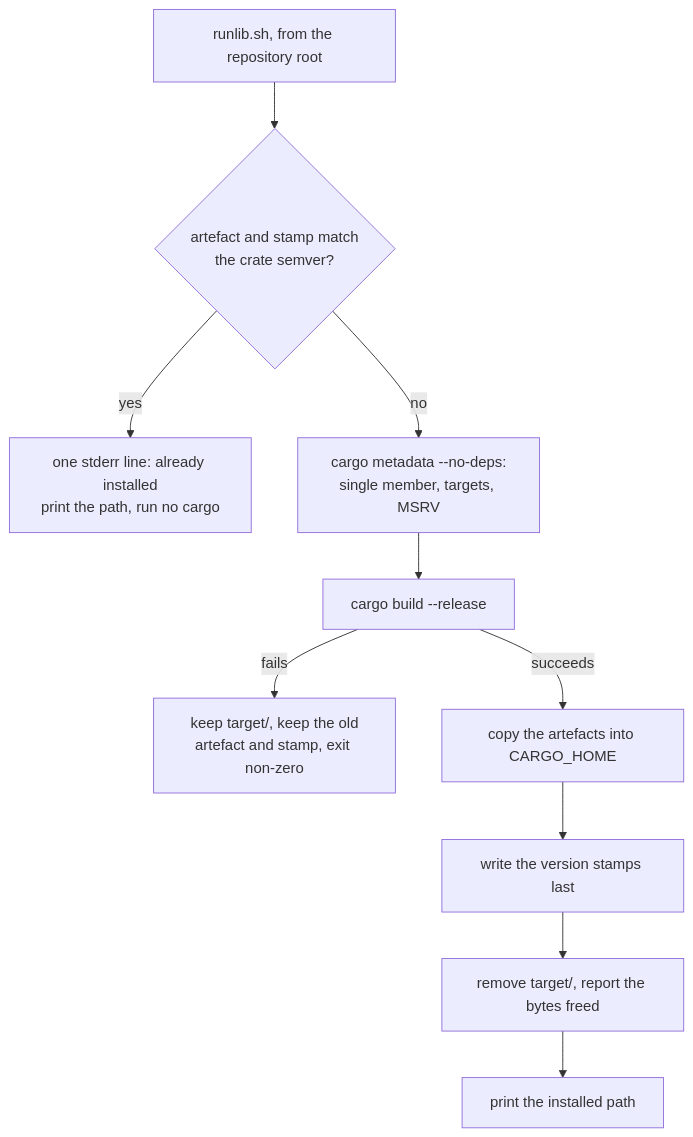
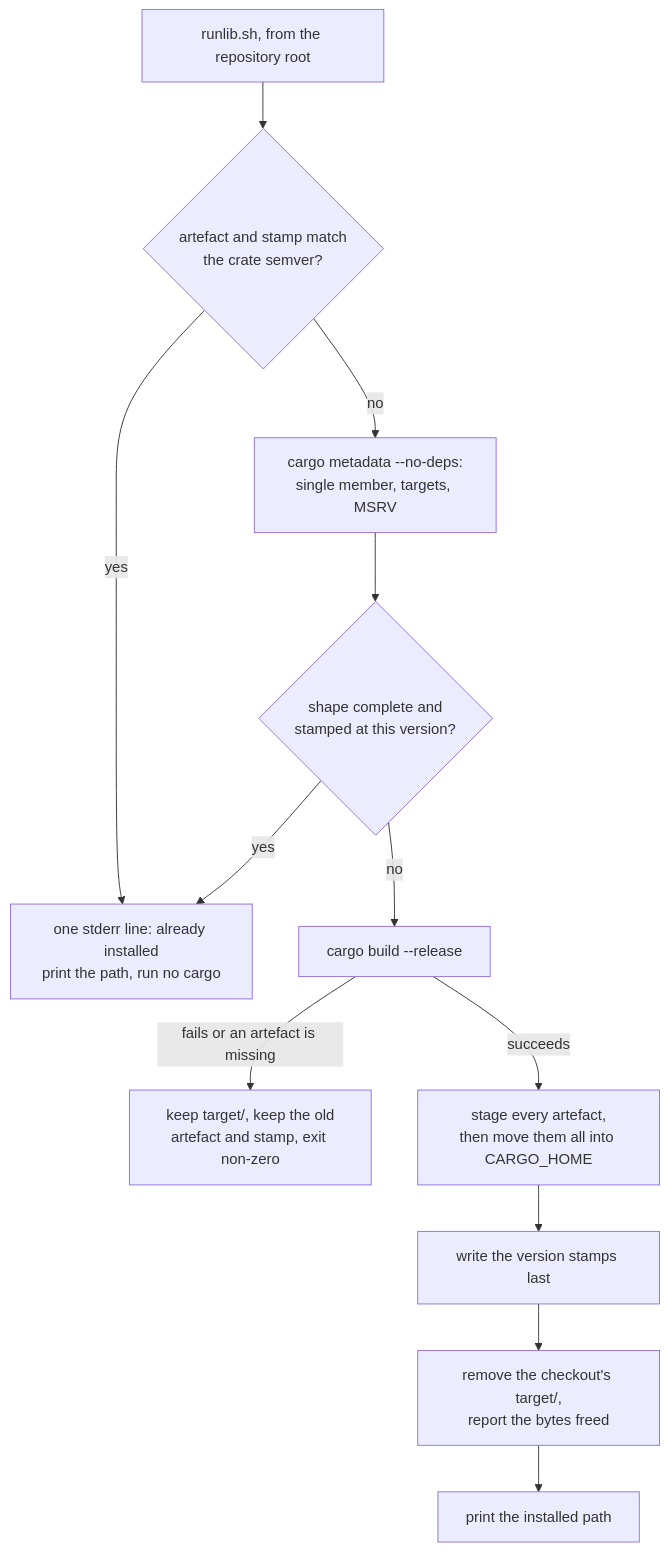
The third of 29 diagrams in README.md (stSoftwareAU/NEAT-AI-core), drawn with Mermaid before and after one commit. The commit also changed other lines of this file and 2 other files, not shown here.

````diff
--- a/README.md
+++ b/README.md
@@ -229,12 +237,14 @@
 ```mermaid
 flowchart TD
     A["runlib.sh, from the repository root"] --> B{"artefact and stamp match<br/>the crate semver?"}
     B -- "yes" --> C["one stderr line: already installed<br/>print the path, run no cargo"]
     B -- "no" --> D["cargo metadata --no-deps:<br/>single member, targets, MSRV"]
-    D --> E["cargo build --release"]
-    E -- "fails" --> F["keep target/, keep the old<br/>artefact and stamp, exit non-zero"]
-    E -- "succeeds" --> G["copy the artefacts into CARGO_HOME"]
+    D --> K{"shape complete and<br/>stamped at this version?"}
+    K -- "yes" --> C
+    K -- "no" --> E["cargo build --release"]
+    E -- "fails or an artefact is missing" --> F["keep target/, keep the old<br/>artefact and stamp, exit non-zero"]
+    E -- "succeeds" --> G["stage every artefact,<br/>then move them all into CARGO_HOME"]
     G --> H["write the version stamps last"]
-    H --> I["remove target/, report the bytes freed"]
+    H --> I["remove the checkout's target/,<br/>report the bytes freed"]
     I --> J["print the installed path"]
 ```
````
